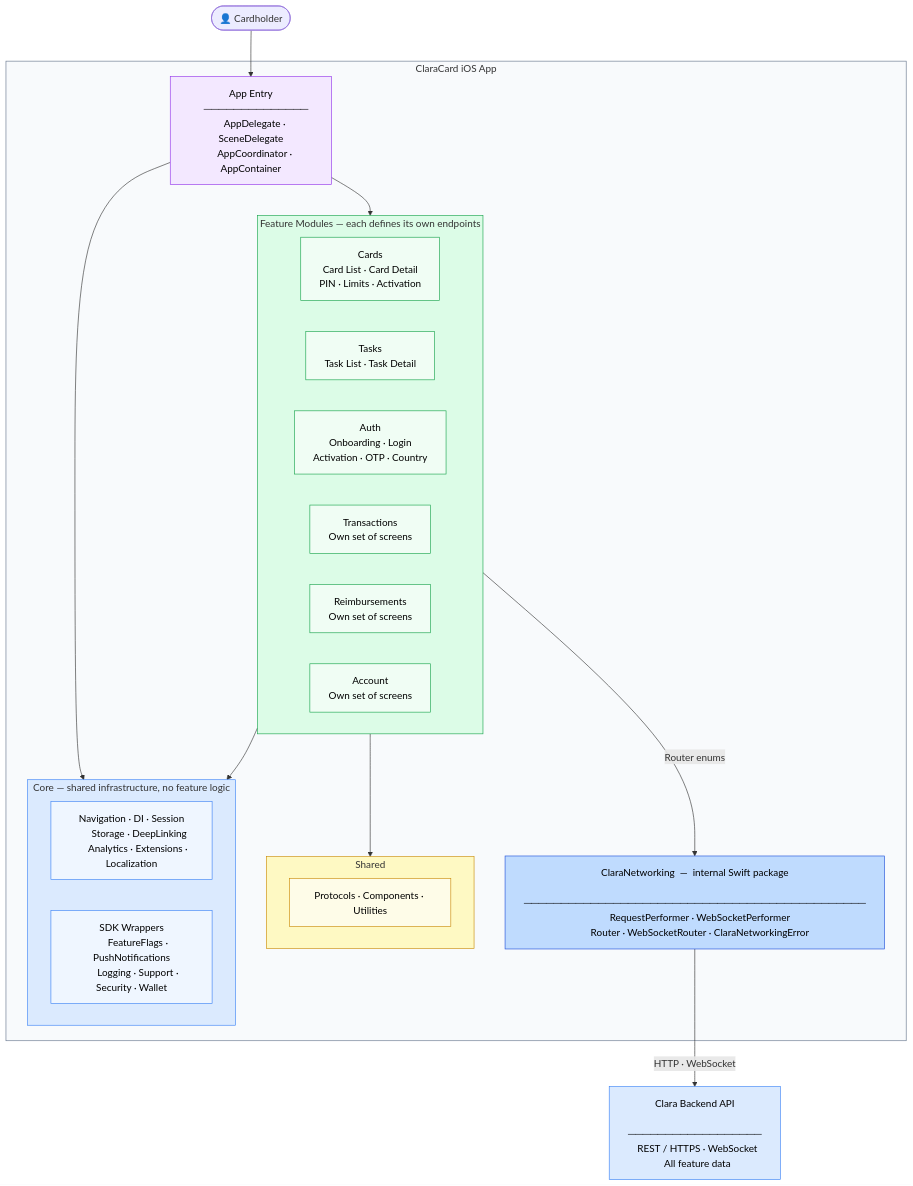
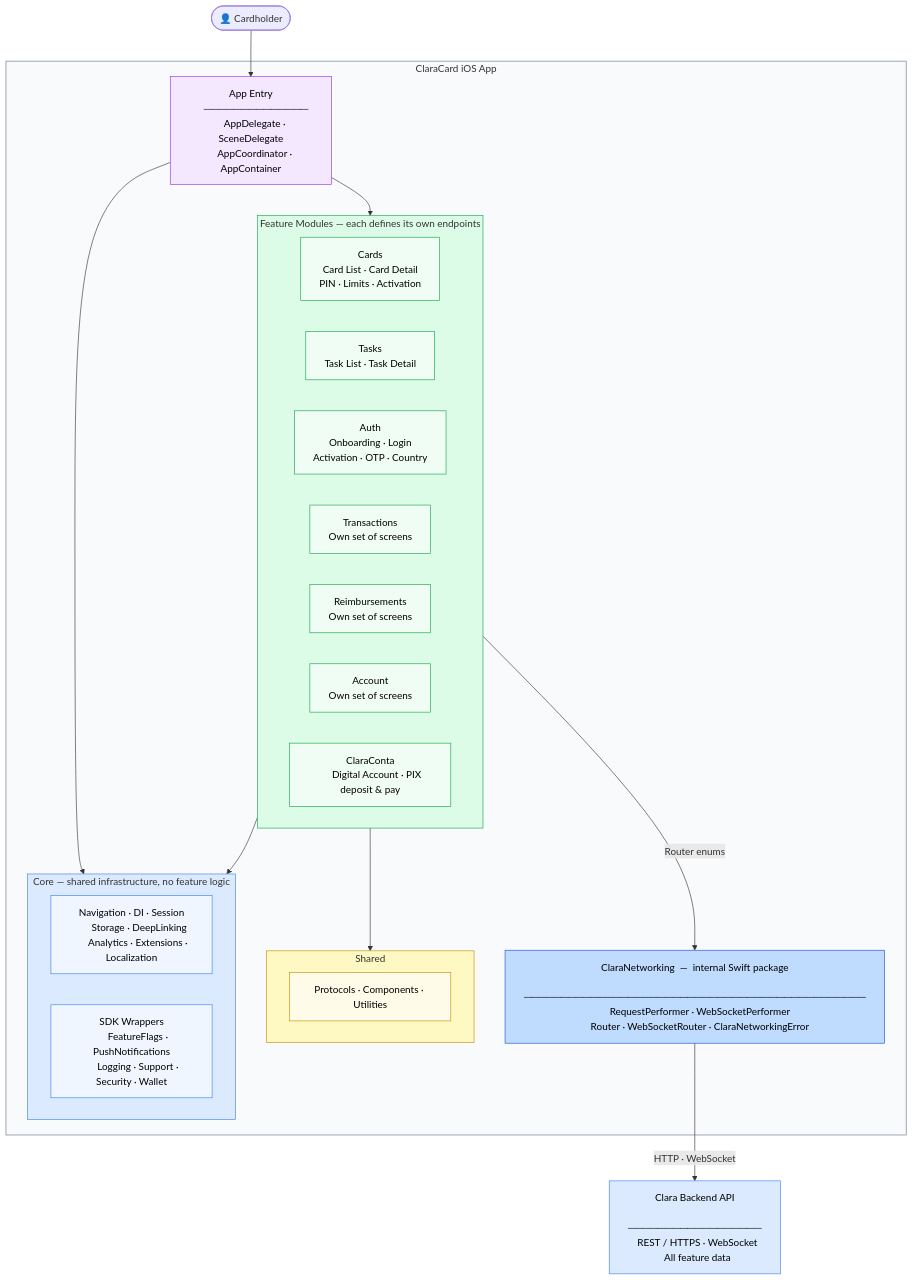
The second of 3 diagrams in architecture/diagrams/c4-system.md (ceciliacastillo2/ios-platform-playbook), drawn with Mermaid before and after one commit. The commit also changed other lines of this file and 12 other files, not shown here.

First line of the commit message:
docs: add ClaraConta, adoption scorecard, and CI target architecture

````diff
--- a/architecture/diagrams/c4-system.md
+++ b/architecture/diagrams/c4-system.md
@@ -91,78 +91,81 @@
 ```mermaid
 graph TB
   User(["👤 Cardholder"])
 
   subgraph ClaraCard["ClaraCard iOS App"]
     APP["App Entry
     ──────────────
     AppDelegate · SceneDelegate
     AppCoordinator · AppContainer"]
 
     subgraph CORE["Core  —  shared infrastructure, no feature logic"]
       direction LR
       INFRA["Navigation · DI · Session
       Storage · DeepLinking
       Analytics · Extensions · Localization"]
       WRAPPERS["SDK Wrappers
       FeatureFlags · PushNotifications
       Logging · Support · Security · Wallet"]
     end
 
     subgraph SHARED["Shared"]
       SHARED_D["Protocols · Components · Utilities"]
     end
 
     subgraph MODULES["Feature Modules  —  each defines its own endpoints"]
       direction LR
       Cards["Cards
       Card List · Card Detail
       PIN · Limits · Activation"]
       Tasks["Tasks
       Task List · Task Detail"]
       Auth["Auth
       Onboarding · Login
       Activation · OTP · Country"]
       Transactions["Transactions
       Own set of screens"]
       Reimbursements["Reimbursements
       Own set of screens"]
       Account["Account
       Own set of screens"]
+      ClaraConta["ClaraConta
+      Digital Account · PIX deposit & pay"]
     end
 
     NET["ClaraNetworking  —  internal Swift package
     ──────────────────────────────────────────────
     RequestPerformer · WebSocketPerformer
     Router · WebSocketRouter · ClaraNetworkingError"]
   end
 
   API["Clara Backend API
   ──────────────────
   REST / HTTPS · WebSocket
   All feature data"]
 
   User --> APP
   APP --> CORE
   APP --> MODULES
   MODULES --> CORE
   MODULES --> SHARED
   MODULES -->|"Router enums"| NET
   NET -->|"HTTP · WebSocket"| API
 
   style APP fill:#f3e8ff,stroke:#9333ea,color:#000
   style CORE fill:#dbeafe,stroke:#3b82f6
   style INFRA fill:#eff6ff,stroke:#3b82f6,color:#000
   style WRAPPERS fill:#eff6ff,stroke:#3b82f6,color:#000
   style NET fill:#bfdbfe,stroke:#1d4ed8,color:#000
   style SHARED fill:#fef9c3,stroke:#ca8a04
   style SHARED_D fill:#fefce8,stroke:#ca8a04,color:#000
   style MODULES fill:#dcfce7,stroke:#16a34a
   style Cards fill:#f0fdf4,stroke:#16a34a,color:#000
   style Tasks fill:#f0fdf4,stroke:#16a34a,color:#000
   style Auth fill:#f0fdf4,stroke:#16a34a,color:#000
   style Transactions fill:#f0fdf4,stroke:#16a34a,color:#000
   style Reimbursements fill:#f0fdf4,stroke:#16a34a,color:#000
   style Account fill:#f0fdf4,stroke:#16a34a,color:#000
+  style ClaraConta fill:#f0fdf4,stroke:#16a34a,color:#000
   style ClaraCard fill:#f8fafc,stroke:#64748b
   style API fill:#dbeafe,stroke:#3b82f6,color:#000
 ```
````
